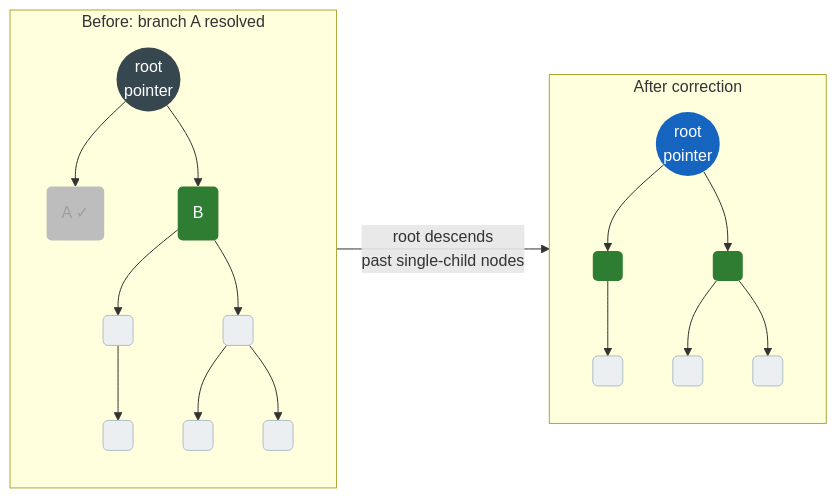
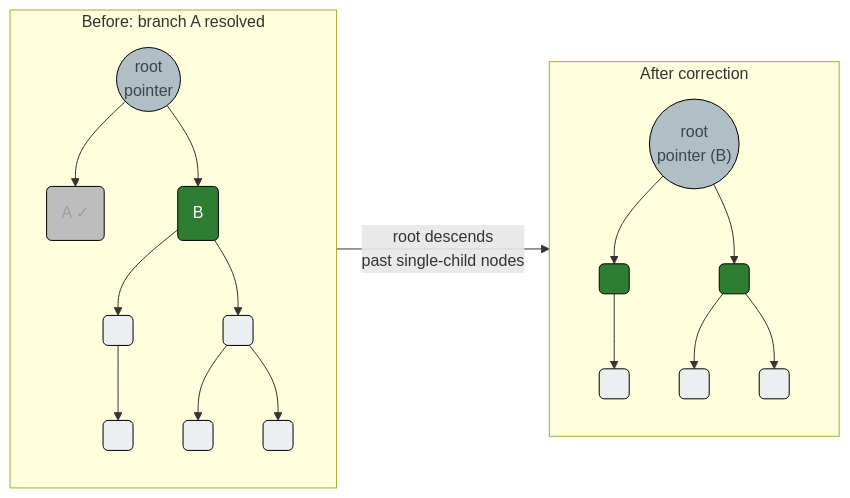
The second of 2 diagrams in docs/reference/implementations/load-balancers/quasi-horizontal.md (rapastranac/gempba-docs), drawn with Mermaid before and after one commit. The commit also changed other lines of this file and 1 other file, not shown here.

Commit message:
#8 Fixed colors in the mermaid diagrams

````diff
--- a/docs/reference/implementations/load-balancers/quasi-horizontal.md
+++ b/docs/reference/implementations/load-balancers/quasi-horizontal.md
@@ -57,34 +57,34 @@
 ```mermaid
 flowchart LR
     subgraph s1["Before: branch A resolved"]
         direction TB
         R1(("root\npointer")):::oldroot
         R1 --> Ax("A ✓"):::done
         R1 --> By("B"):::active1
         By --> By1(" "):::sub1
         By --> By2(" "):::sub1
         By1 --> By3(" "):::sub1
         By2 --> By4(" "):::sub1
         By2 --> By5(" "):::sub1
     end
 
     subgraph s2["After correction"]
         direction TB
-        R2(("root\npointer")):::newroot
+        R2(("root\npointer (B)")):::newroot
         R2 --> Ba(" "):::active
         R2 --> Bb(" "):::active
         Ba --> Ba1(" "):::sub2
         Bb --> Bb1(" "):::sub2
         Bb --> Bb2(" "):::sub2
     end
 
     s1 -- "root descends\npast single-child nodes" --> s2
 
-    classDef oldroot fill:#37474f,color:#fff,stroke:none
-    classDef newroot fill:#1565c0,color:#fff,stroke:none
-    classDef done    fill:#bdbdbd,color:#9e9e9e,stroke:none
-    classDef active1 fill:#2e7d32,color:#fff,stroke:none
-    classDef active  fill:#2e7d32,color:#fff,stroke:none
-    classDef sub1    fill:#eceff1,color:#546e7a,stroke:#b0bec5
-    classDef sub2    fill:#eceff1,color:#546e7a,stroke:#b0bec5
+    classDef oldroot fill:#b0bec5,color:#37474f,stroke:#000000
+    classDef newroot fill:#b0bec5,color:#37474f,stroke:#000000
+    classDef done    fill:#bdbdbd,color:#9e9e9e,stroke:#000000
+    classDef active1 fill:#2e7d32,color:#fff,stroke:#000000
+    classDef active  fill:#2e7d32,color:#fff,stroke:#000000
+    classDef sub1    fill:#eceff1,color:#546e7a,stroke:#000000
+    classDef sub2    fill:#eceff1,color:#546e7a,stroke:#000000
 ```
````
